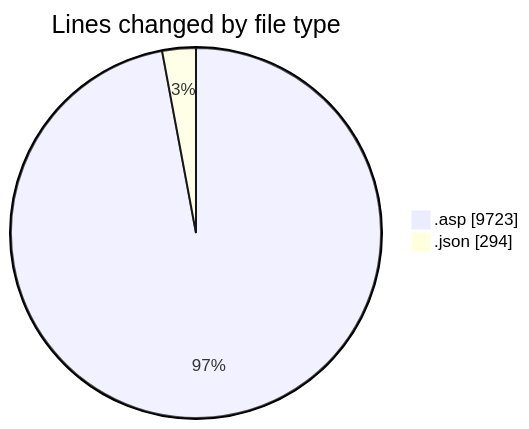
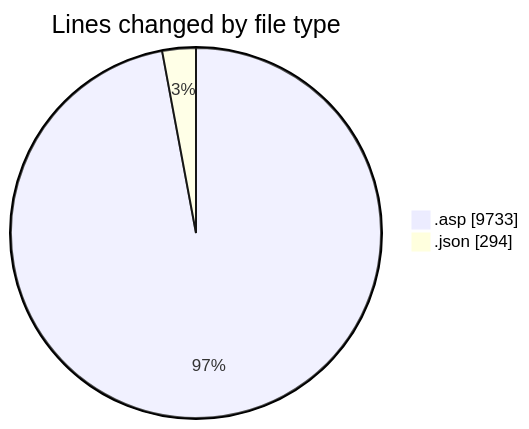
One commit to julien-gomy/code-tracking changed the first of 2 diagrams in 2025-10-27/usr_aleoudev_fr__workspace_/README.md. Above: the diagram before and after it, drawn with Mermaid. The commit also changed other lines of this file and 1 other file, not shown here.

````diff
--- a/2025-10-27/usr_aleoudev_fr__workspace_/README.md
+++ b/2025-10-27/usr_aleoudev_fr__workspace_/README.md
@@ -28,6 +28,6 @@
 ```mermaid
 pie showData
 title Lines changed by file type
-".asp" : 9723
+".asp" : 9733
 ".json" : 294
 ```
````
